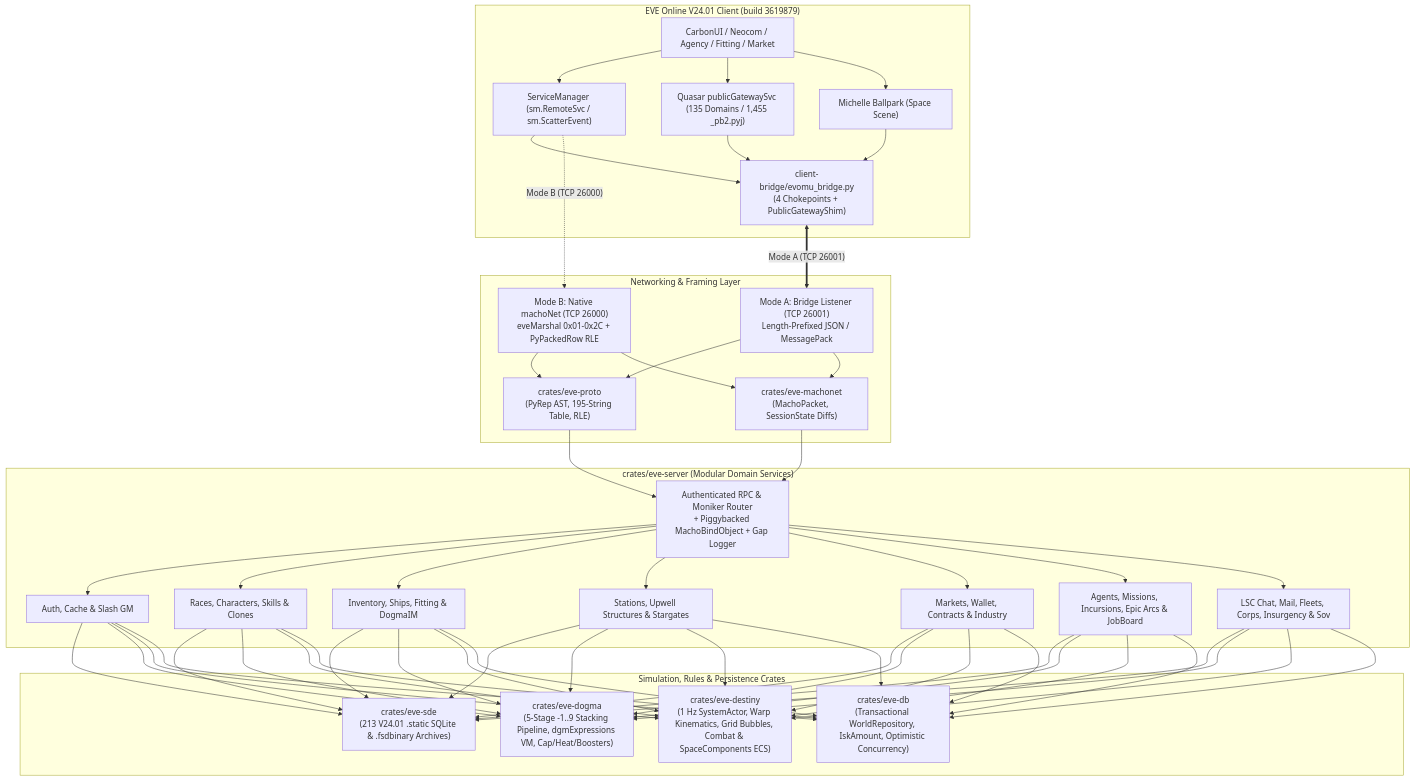
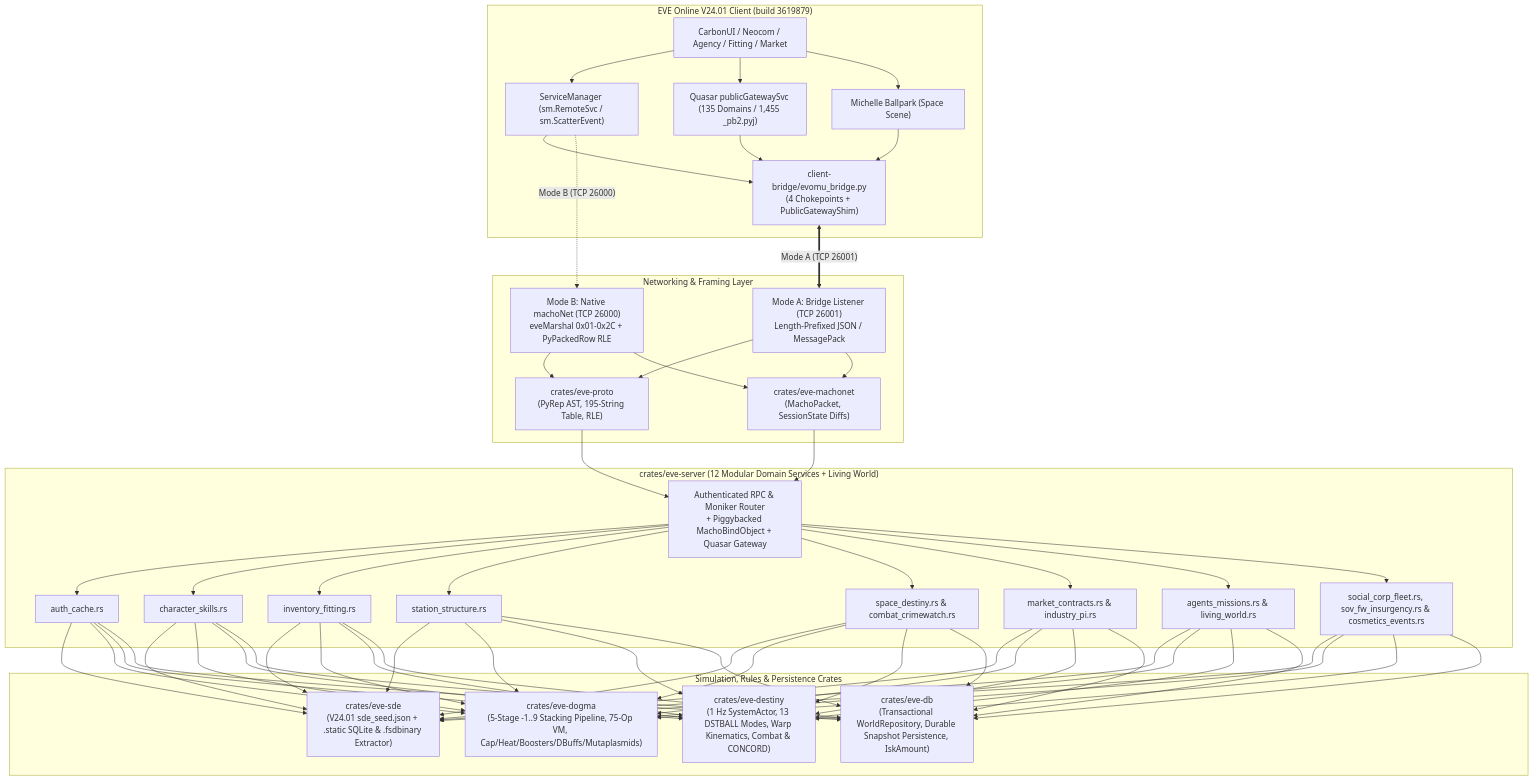
Before and after one commit to saverchenkov/EvoMu: the first of 3 diagrams in README.md, drawn with Mermaid. The commit also changed other lines of this file and 35 other files, not shown here.

Commit message:
Complete Milestones M0-M8: SDE seed, 161-formula engine, 12 domain services, Living World, and E2E-01..E2E-18 verification

````diff
--- a/README.md
+++ b/README.md
@@ -85,44 +85,45 @@
 ```mermaid
 flowchart TB
     subgraph Client ["EVE Online V24.01 Client (build 3619879)"]
         UI["CarbonUI / Neocom / Agency / Fitting / Market"]
         SM["ServiceManager (sm.RemoteSvc / sm.ScatterEvent)"]
         PG["Quasar publicGatewaySvc (135 Domains / 1,455 _pb2.pyj)"]
         Michelle["Michelle Ballpark (Space Scene)"]
         BridgePy["client-bridge/evomu_bridge.py<br/>(4 Chokepoints + PublicGatewayShim)"]
     end
 
     subgraph Edge ["Networking & Framing Layer"]
         Port26001["Mode A: Bridge Listener (TCP 26001)<br/>Length-Prefixed JSON / MessagePack"]
         Port26000["Mode B: Native machoNet (TCP 26000)<br/>eveMarshal 0x01-0x2C + PyPackedRow RLE"]
         ProtoCrate["crates/eve-proto<br/>(PyRep AST, 195-String Table, RLE)"]
         MachoCrate["crates/eve-machonet<br/>(MachoPacket, SessionState Diffs)"]
     end
 
-    subgraph Server ["crates/eve-server (Modular Domain Services)"]
-        Router["Authenticated RPC & Moniker Router<br/>+ Piggybacked MachoBindObject + Gap Logger"]
-        SvcAuth["Auth, Cache & Slash GM"]
-        SvcChar["Races, Characters, Skills & Clones"]
-        SvcInv["Inventory, Ships, Fitting & DogmaIM"]
-        SvcSta["Stations, Upwell Structures & Stargates"]
-        SvcEcon["Markets, Wallet, Contracts & Industry"]
-        SvcPvE["Agents, Missions, Incursions, Epic Arcs & JobBoard"]
-        SvcSoc["LSC Chat, Mail, Fleets, Corps, Insurgency & Sov"]
+    subgraph Server ["crates/eve-server (12 Modular Domain Services + Living World)"]
+        Router["Authenticated RPC & Moniker Router<br/>+ Piggybacked MachoBindObject + Quasar Gateway"]
+        SvcAuth["auth_cache.rs"]
+        SvcChar["character_skills.rs"]
+        SvcInv["inventory_fitting.rs"]
+        SvcSta["station_structure.rs"]
+        SvcSpc["space_destiny.rs & combat_crimewatch.rs"]
+        SvcEcon["market_contracts.rs & industry_pi.rs"]
+        SvcPvE["agents_missions.rs & living_world.rs"]
+        SvcSoc["social_corp_fleet.rs, sov_fw_insurgency.rs & cosmetics_events.rs"]
     end
 
     subgraph Core ["Simulation, Rules & Persistence Crates"]
-        SdeCrate["crates/eve-sde<br/>(213 V24.01 .static SQLite & .fsdbinary Archives)"]
-        DogmaCrate["crates/eve-dogma<br/>(5-Stage -1..9 Stacking Pipeline, dgmExpressions VM, Cap/Heat/Boosters)"]
-        DestinyCrate["crates/eve-destiny<br/>(1 Hz SystemActor, Warp Kinematics, Grid Bubbles, Combat & SpaceComponents ECS)"]
-        DbCrate["crates/eve-db<br/>(Transactional WorldRepository, IskAmount, Optimistic Concurrency)"]
+        SdeCrate["crates/eve-sde<br/>(V24.01 sde_seed.json + .static SQLite & .fsdbinary Extractor)"]
+        DogmaCrate["crates/eve-dogma<br/>(5-Stage -1..9 Stacking Pipeline, 75-Op VM, Cap/Heat/Boosters/DBuffs/Mutaplasmids)"]
+        DestinyCrate["crates/eve-destiny<br/>(1 Hz SystemActor, 13 DSTBALL Modes, Warp Kinematics, Combat & CONCORD)"]
+        DbCrate["crates/eve-db<br/>(Transactional WorldRepository, Durable Snapshot Persistence, IskAmount)"]
     end
 
     UI --> SM & PG & Michelle
     SM & PG & Michelle --> BridgePy
     BridgePy <==>|"Mode A (TCP 26001)"| Port26001
     SM -.->|"Mode B (TCP 26000)"| Port26000
     Port26001 & Port26000 --> ProtoCrate & MachoCrate
     ProtoCrate & MachoCrate --> Router
-    Router --> SvcAuth & SvcChar & SvcInv & SvcSta & SvcEcon & SvcPvE & SvcSoc
-    SvcAuth & SvcChar & SvcInv & SvcSta & SvcEcon & SvcPvE & SvcSoc --> SdeCrate & DogmaCrate & DestinyCrate & DbCrate
+    Router --> SvcAuth & SvcChar & SvcInv & SvcSta & SvcSpc & SvcEcon & SvcPvE & SvcSoc
+    SvcAuth & SvcChar & SvcInv & SvcSta & SvcSpc & SvcEcon & SvcPvE & SvcSoc --> SdeCrate & DogmaCrate & DestinyCrate & DbCrate
 ```
````
